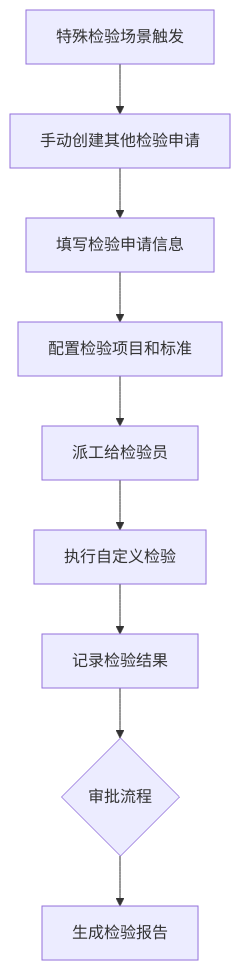
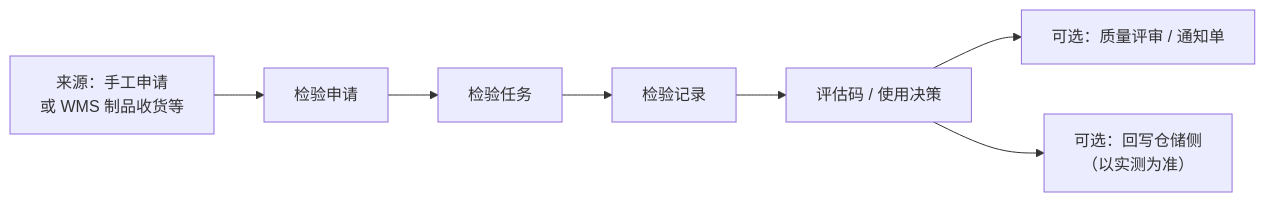
One commit to jiargcn/MomProductDocument changed the diagram in docs/07-QMS-质量管理/03-生产检验/index.md. Above: the diagram before and after it, drawn with Mermaid. The commit also changed other lines of this file and 19 other files, not shown here.

````diff
--- a/docs/07-QMS-质量管理/03-生产检验/index.md
+++ b/docs/07-QMS-质量管理/03-生产检验/index.md
@@ -165,11 +42,9 @@
 ```mermaid
-flowchart TD
-    A["特殊检验场景触发"] --> B["手动创建其他检验申请"]
-    B --> C["填写检验申请信息"]
-    C --> D["配置检验项目和标准"]
-    D --> E["派工给检验员"]
-    E --> F["执行自定义检验"]
-    F --> G["记录检验结果"]
-    G --> H{"审批流程"}
-    H --> I["生成检验报告"]
+flowchart LR
+    S["来源：手工申请\n或 WMS 制品收货等"] --> A["检验申请"]
+    A --> J["检验任务"]
+    J --> R["检验记录"]
+    R --> D["评估码 / 使用决策"]
+    D --> N["可选：质量评审 / 通知单"]
+    D --> W["可选：回写仓储侧\n（以实测为准）"]
 ```
````
